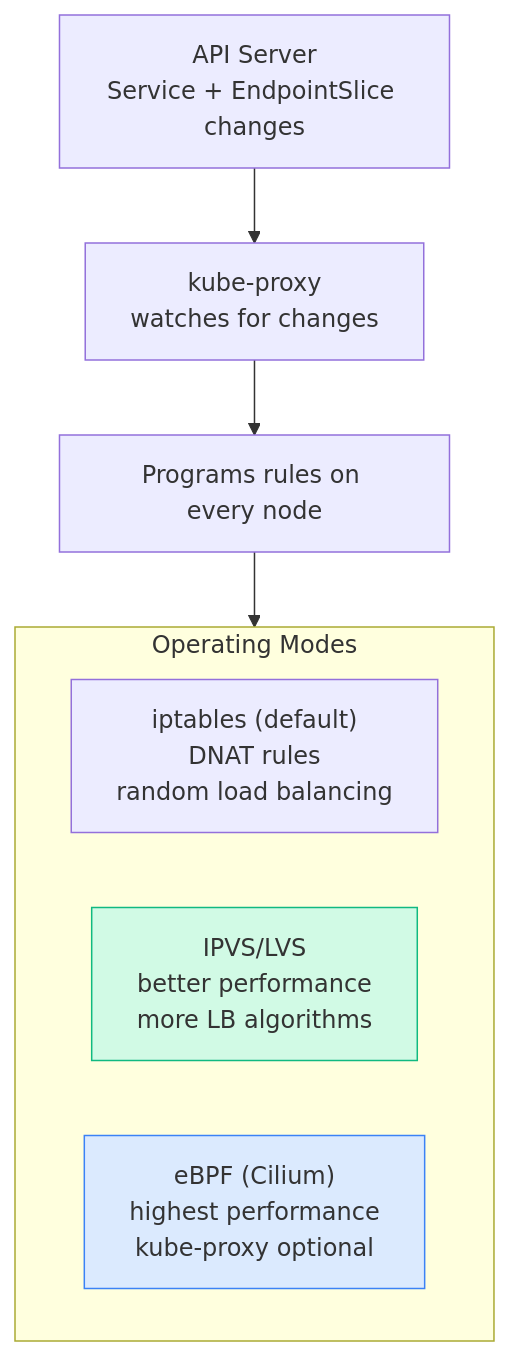
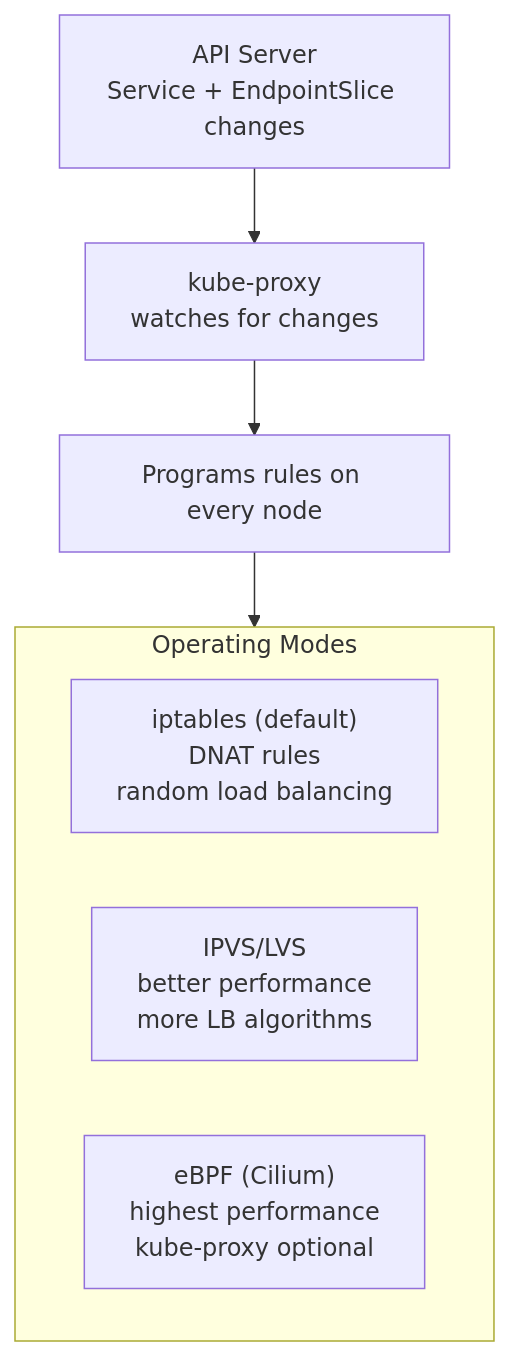
One commit to Gautam4424/k8slearn-content changed the second of 2 diagrams in content/cka/02-kubernetes-architecture-complete-reference/24-kubelet-kube-proxy-container-runtime/24-kubelet-kube-proxy-container-runtime.md. Above: the diagram before and after it, drawn with Mermaid. The commit also changed other lines of this file and 40 other files, not shown here.

Commit message:
chore: fix mermaid style regex

````diff
--- a/content/cka/02-kubernetes-architecture-complete-reference/24-kubelet-kube-proxy-container-runtime/24-kubelet-kube-proxy-container-runtime.md
+++ b/content/cka/02-kubernetes-architecture-complete-reference/24-kubelet-kube-proxy-container-runtime/24-kubelet-kube-proxy-container-runtime.md
@@ -72,14 +71,12 @@
 ```mermaid
 flowchart TD
     API["API Server\nService + EndpointSlice changes"]
     KP["kube-proxy\nwatches for changes"]
     RULES["Programs rules on every node"]
     subgraph MODES["Operating Modes"]
         IPT["iptables (default)\nDNAT rules\nrandom load balancing"]
         IPVS["IPVS/LVS\nbetter performance\nmore LB algorithms"]
         EBPF["eBPF (Cilium)\nhighest performance\nkube-proxy optional"]
     end
     API --> KP --> RULES --> MODES
-    style IPVS fill:#d1fae5,stroke:#10b981
-    style EBPF fill:#dbeafe,stroke:#3b82f6
 ```
````
